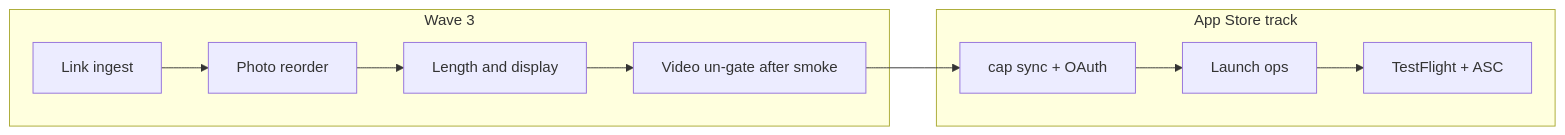
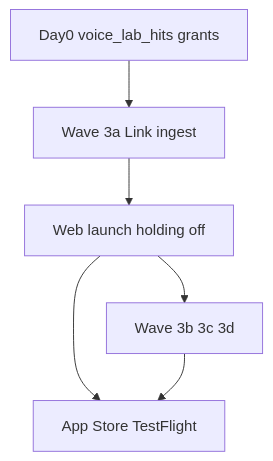
Before and after one commit to philipwpillar/RepurposeOne: the first of 2 diagrams in .cursor/plans/wave_3_then_app_store_ee273a27.plan.md, drawn with Mermaid. The commit also changed other lines of this file and 3 other files, not shown here.

````diff
--- a/.cursor/plans/wave_3_then_app_store_ee273a27.plan.md
+++ b/.cursor/plans/wave_3_then_app_store_ee273a27.plan.md
@@ -38,15 +51,13 @@
 ```mermaid
-flowchart LR
-  subgraph w3 [Wave 3]
-    Link[Link ingest]
-    Reorder[Photo reorder]
-    Length[Length and display]
-    Video[Video un-gate after smoke]
-  end
-  subgraph store [App Store track]
-    Sync[cap sync + OAuth]
-    Ops[Launch ops]
-    TF[TestFlight + ASC]
-  end
-  Link --> Reorder --> Length --> Video --> Sync --> Ops --> TF
+flowchart TB
+  P0[Day0 voice_lab_hits grants]
+  W3a[Wave 3a Link ingest]
+  Web[Web launch holding off]
+  W3bcd[Wave 3b 3c 3d]
+  Store[App Store TestFlight]
+
+  P0 --> W3a --> Web
+  Web --> W3bcd
+  Web --> Store
+  W3bcd --> Store
 ```
````
